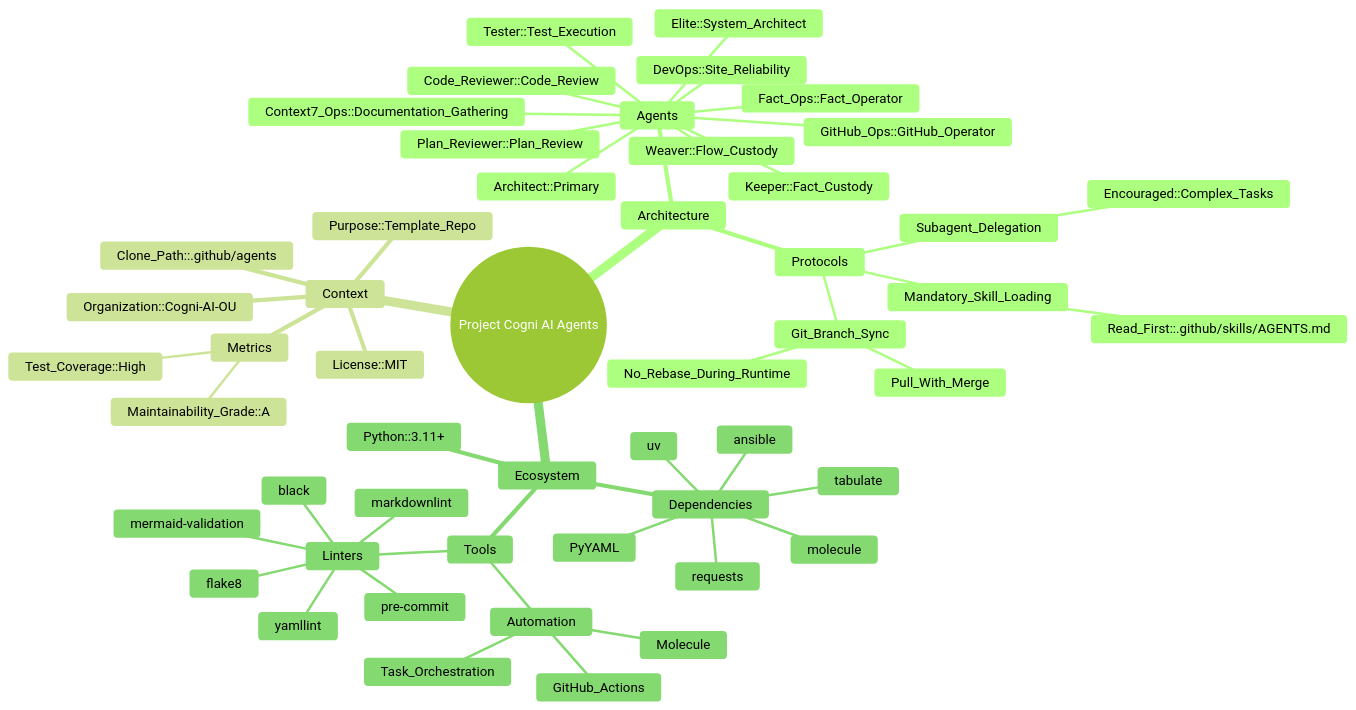
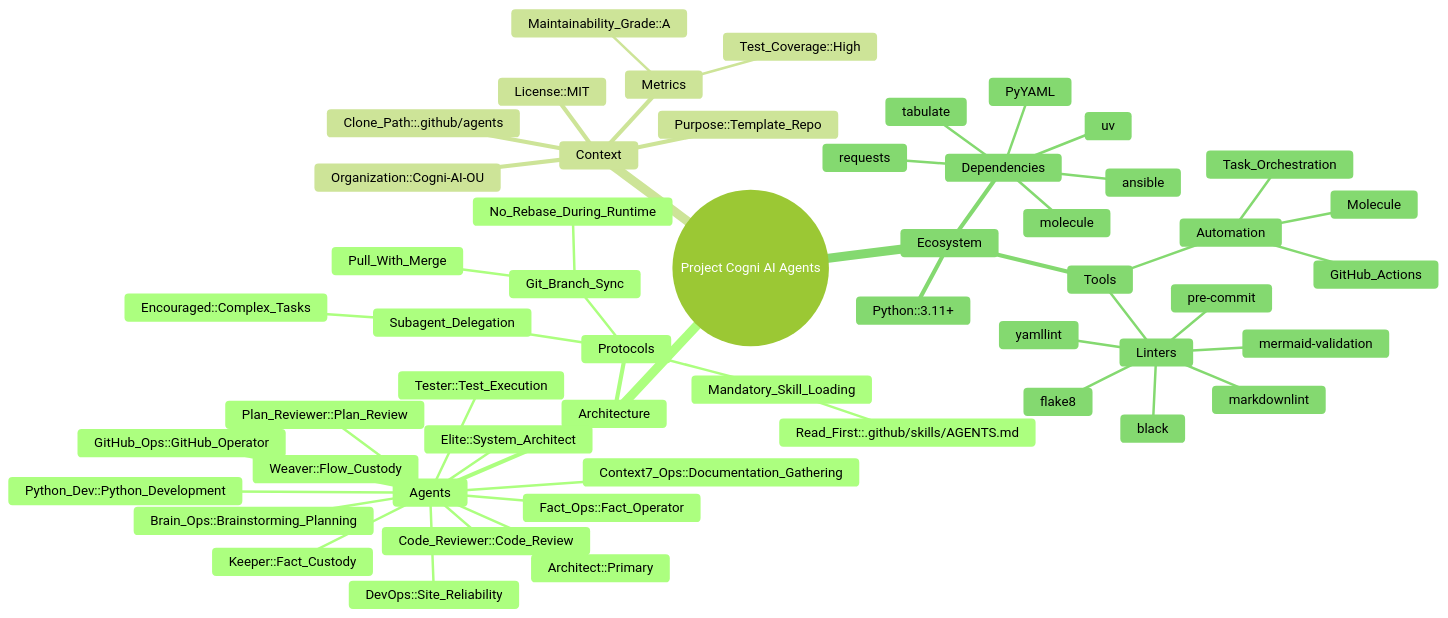
One commit to Cogni-AI-OU/cogni-ai-agents changed the diagram in FACTS.mmd. Above: the diagram before and after it, drawn with Mermaid (forest theme).

Commit message:
Agents & FACTS.mmd updated. Ready.

```diff
--- a/FACTS.mmd
+++ b/FACTS.mmd
@@ -1,55 +1,57 @@
 %% Project's facts
 %% Note: Keep items in alphabetical order.
 mindmap
   root((Project Cogni AI Agents))
     Architecture
       Agents
         Architect::Primary
+        Brain_Ops::Brainstorming_Planning
+        Code_Reviewer::Code_Review
         Context7_Ops::Documentation_Gathering
         DevOps::Site_Reliability
         Elite::System_Architect
         Fact_Ops::Fact_Operator
         GitHub_Ops::GitHub_Operator
         Keeper::Fact_Custody
-        Code_Reviewer::Code_Review
         Plan_Reviewer::Plan_Review
+        Python_Dev::Python_Development
         Tester::Test_Execution
         Weaver::Flow_Custody
       Protocols
         Git_Branch_Sync
           No_Rebase_During_Runtime
           Pull_With_Merge
         Mandatory_Skill_Loading
           Read_First::.github/skills/AGENTS.md
         Subagent_Delegation
           Encouraged::Complex_Tasks
 
     Context
       Clone_Path::.github/agents
       License::MIT
       Metrics
         Maintainability_Grade::A
         Test_Coverage::High
       Organization::Cogni-AI-OU
       Purpose::Template_Repo
     Ecosystem
       Dependencies
         PyYAML
         ansible
         molecule
         requests
         tabulate
         uv
       Python::3.11+
       Tools
         Automation
           GitHub_Actions
           Molecule
           Task_Orchestration
         Linters
           black
           flake8
           markdownlint
           mermaid-validation
           pre-commit
           yamllint
```
